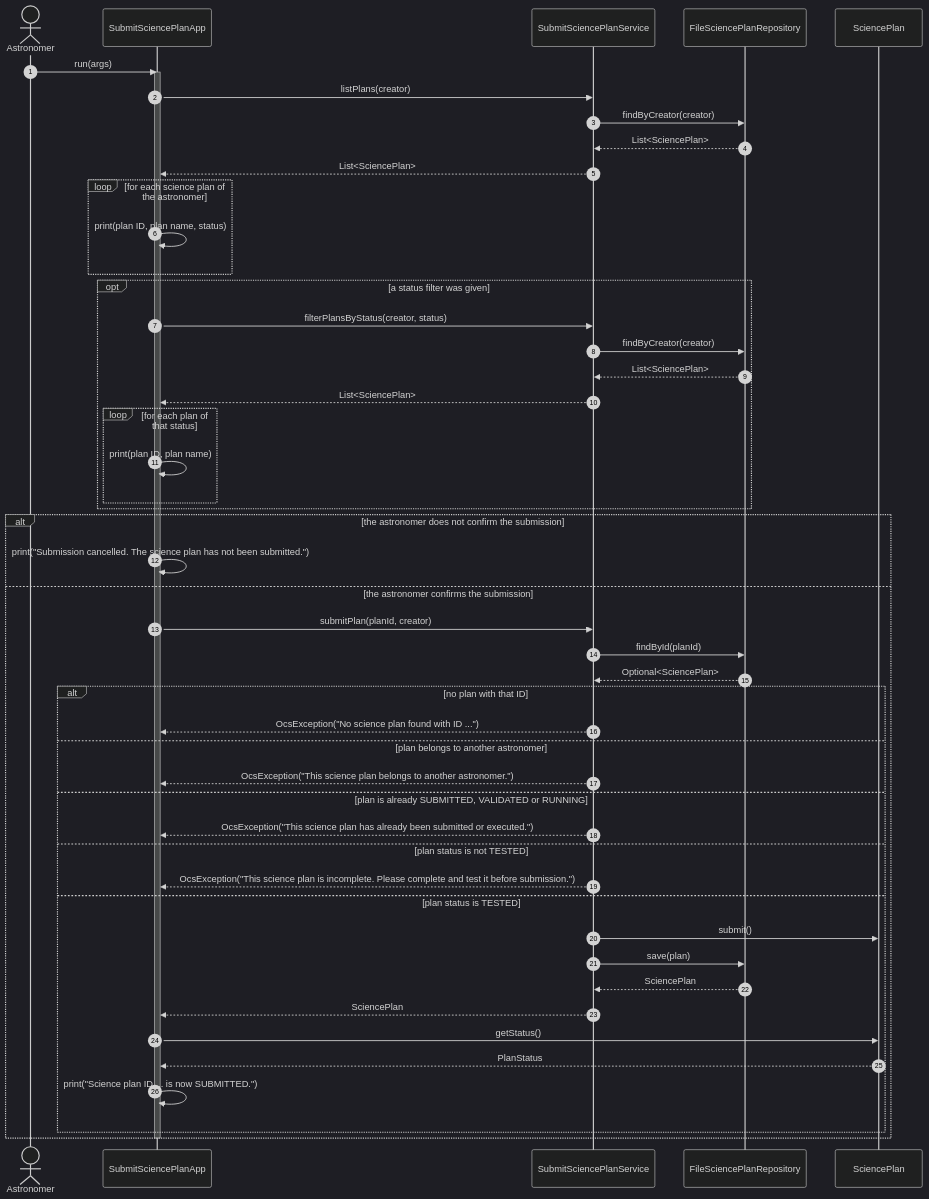
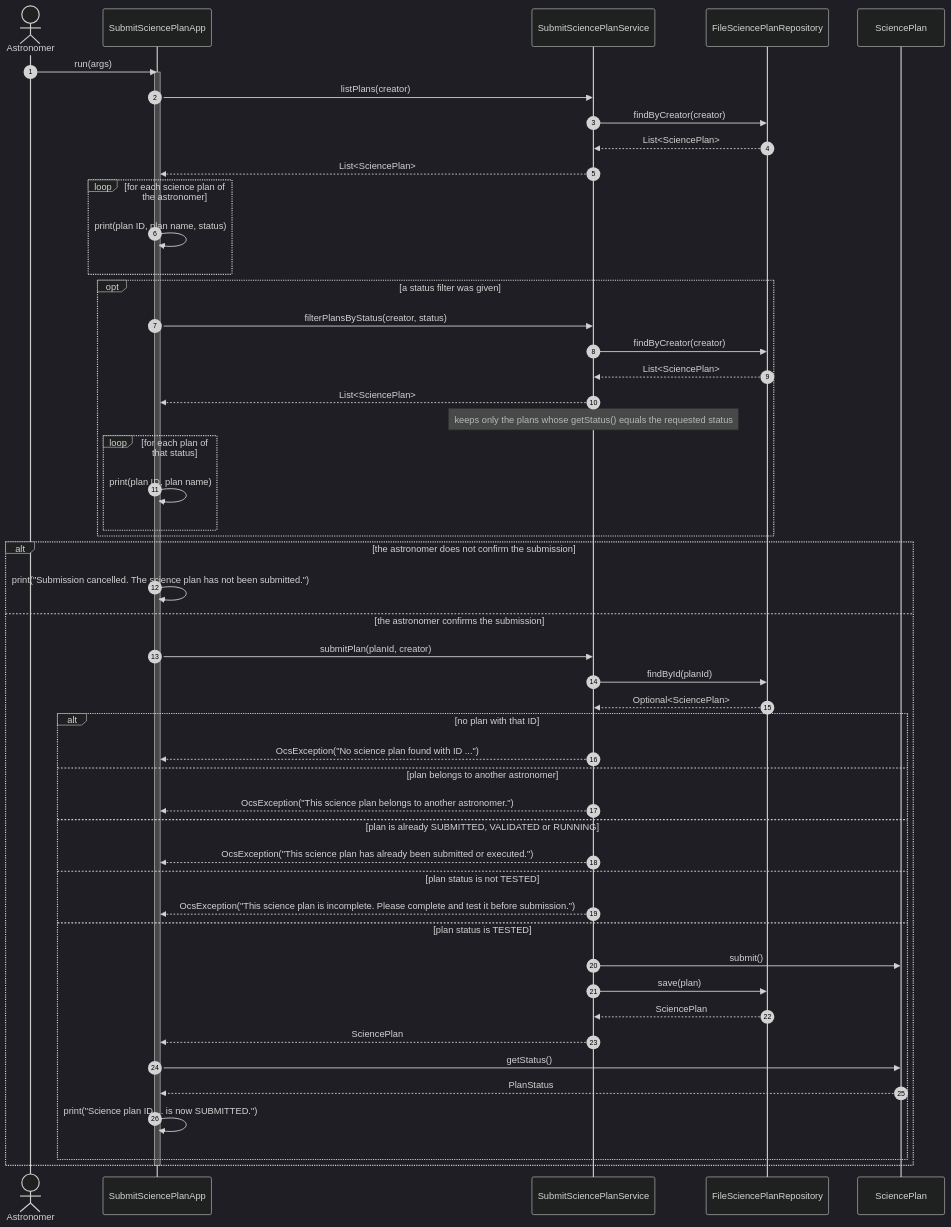
One commit to Sor117/nhoomalee-yaak-du-dao changed the fourth of 6 diagrams in AZERTY_D4_Design.md. Above: the diagram before and after it, drawn with Mermaid (dark theme). The commit also changed other lines of this file and 10 other files, not shown here.

````diff
--- a/AZERTY_D4_Design.md
+++ b/AZERTY_D4_Design.md
@@ -746,53 +794,54 @@
 ```mermaid
 sequenceDiagram
     autonumber
     actor AST as Astronomer
     participant APP as SubmitSciencePlanApp
     participant SVC as SubmitSciencePlanService
     participant REP as FileSciencePlanRepository
     participant PLAN as SciencePlan
 
     AST->>APP: run(args)
     activate APP
     APP->>SVC: listPlans(creator)
     SVC->>REP: findByCreator(creator)
     REP-->>SVC: List<SciencePlan>
     SVC-->>APP: List<SciencePlan>
     loop for each science plan of the astronomer
         APP->>APP: print(plan ID, plan name, status)
     end
     opt a status filter was given
         APP->>SVC: filterPlansByStatus(creator, status)
         SVC->>REP: findByCreator(creator)
         REP-->>SVC: List<SciencePlan>
         SVC-->>APP: List<SciencePlan>
+        note over SVC: keeps only the plans whose getStatus() equals the requested status
         loop for each plan of that status
             APP->>APP: print(plan ID, plan name)
         end
     end
     alt the astronomer does not confirm the submission
         APP->>APP: print("Submission cancelled. The science plan has not been submitted.")
     else the astronomer confirms the submission
         APP->>SVC: submitPlan(planId, creator)
         SVC->>REP: findById(planId)
         REP-->>SVC: Optional<SciencePlan>
         alt no plan with that ID
             SVC-->>APP: OcsException("No science plan found with ID ...")
         else plan belongs to another astronomer
             SVC-->>APP: OcsException("This science plan belongs to another astronomer.")
         else plan is already SUBMITTED, VALIDATED or RUNNING
             SVC-->>APP: OcsException("This science plan has already been submitted or executed.")
         else plan status is not TESTED
             SVC-->>APP: OcsException("This science plan is incomplete. Please complete and test it before submission.")
         else plan status is TESTED
             SVC->>PLAN: submit()
             SVC->>REP: save(plan)
             REP-->>SVC: SciencePlan
             SVC-->>APP: SciencePlan
             APP->>PLAN: getStatus()
             PLAN-->>APP: PlanStatus
             APP->>APP: print("Science plan ID ... is now SUBMITTED.")
         end
     end
     deactivate APP
 ```
````
